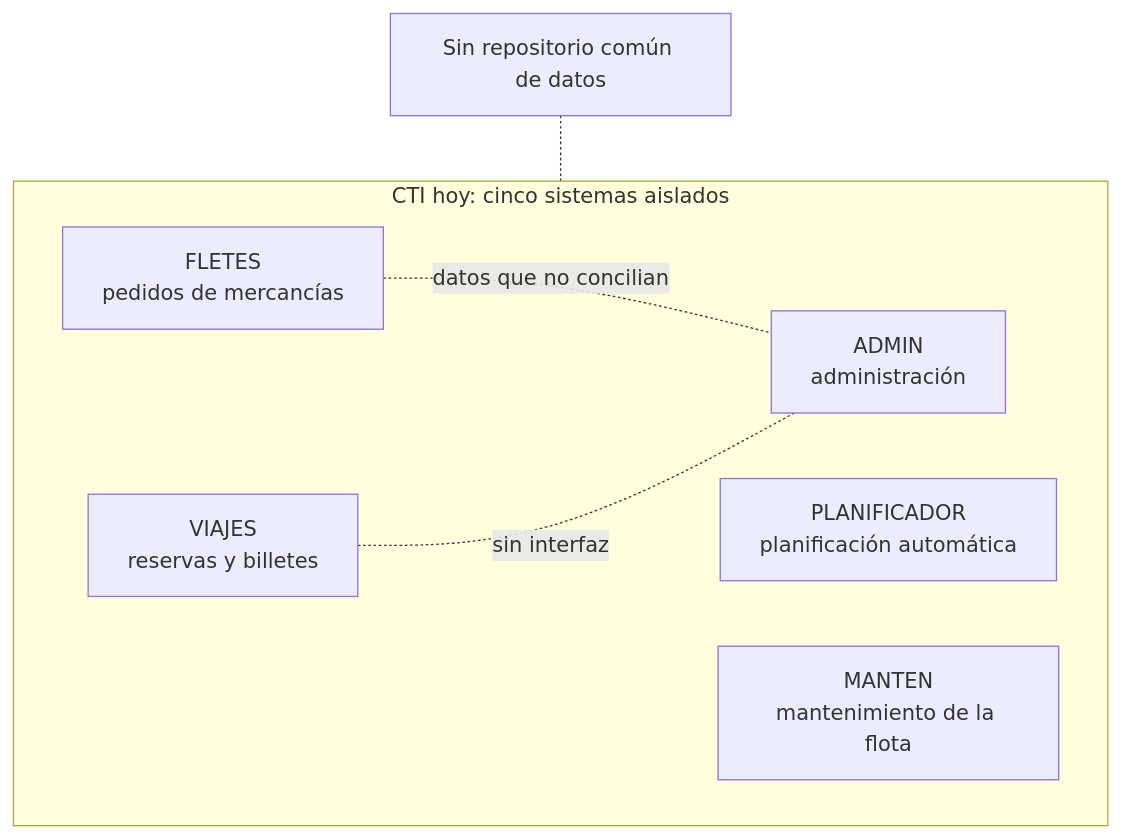
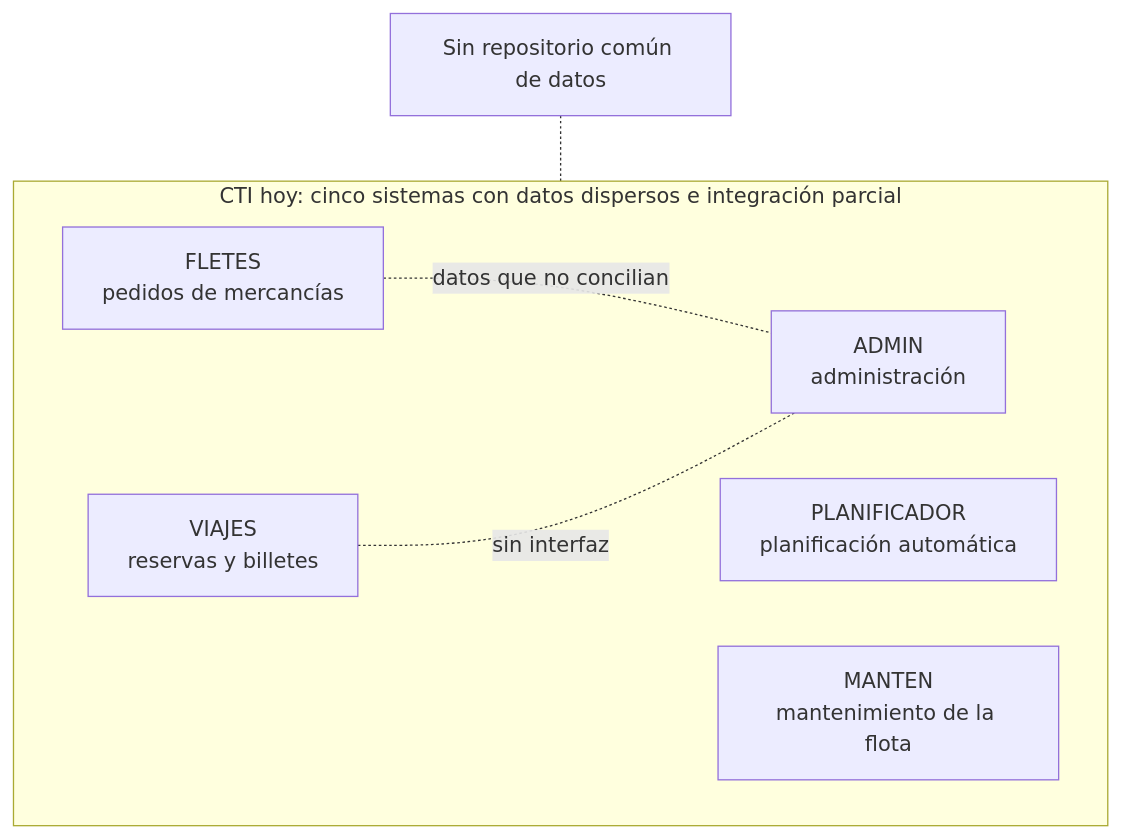
Before and after one commit to AlejoTechEngineer/estudio-viabilidad-bigdata-cti: the second of 3 diagrams in README.md, drawn with Mermaid. The commit also changed other lines of this file and 1 other file, not shown here.

````diff
--- a/README.md
+++ b/README.md
@@ -151,13 +151,13 @@
 ```mermaid
 flowchart TB
-    subgraph CTI["CTI hoy: cinco sistemas aislados"]
+    subgraph CTI["CTI hoy: cinco sistemas con datos dispersos e integración parcial"]
         FL["FLETES<br/>pedidos de mercancías"]
         VI["VIAJES<br/>reservas y billetes"]
         AD["ADMIN<br/>administración"]
         PL["PLANIFICADOR<br/>planificación automática"]
         MA["MANTEN<br/>mantenimiento de la flota"]
     end
     FL -. "datos que no concilian" .- AD
     VI -. "sin interfaz" .- AD
     X["Sin repositorio común de datos"] -.- CTI
 ```
````
